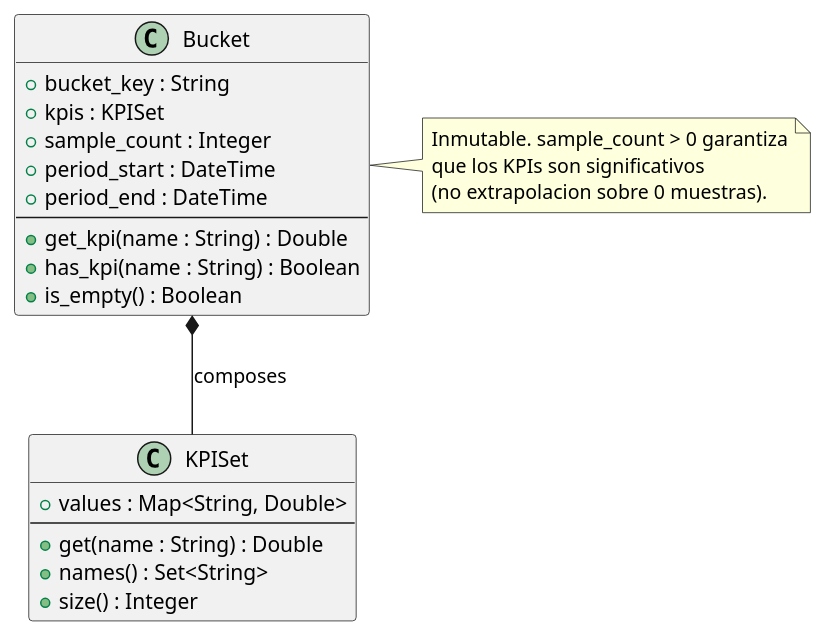
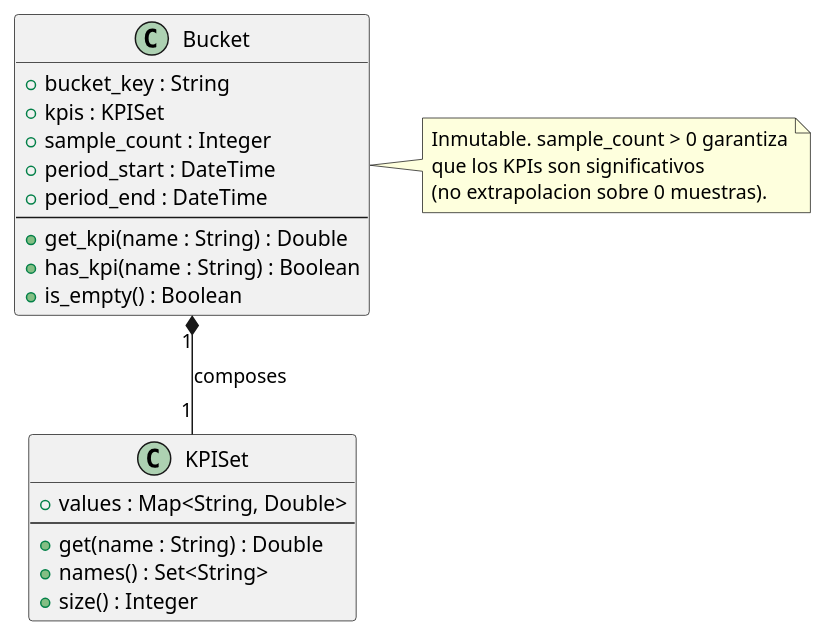
One commit to jcg-admin/IACT-docs changed the diagram in source/arquitectura-tecnica/domain-model/bucket.rst. Above: the diagram before and after it, drawn with PlantUML. The commit also changed 44 other files, not shown here.

First line of the commit message:
Apply UML rigor pass batch 3: sweep multiplicities + checklist

```diff
--- a/source/arquitectura-tecnica/domain-model/bucket.rst
+++ b/source/arquitectura-tecnica/domain-model/bucket.rst
@@ -30,35 +30,35 @@
 .. uml::
  :caption: Clase Bucket — agregación inmutable de KPIs por
            clave dimensional dentro de un HistoricalReport.
 
  @startuml
 
  class Bucket {
    + bucket_key : String
    + kpis : KPISet
    + sample_count : Integer
    + period_start : DateTime
    + period_end : DateTime
    --
    + get_kpi(name : String) : Double
    + has_kpi(name : String) : Boolean
    + is_empty() : Boolean
  }
 
  class KPISet {
    + values : Map<String, Double>
    --
    + get(name : String) : Double
    + names() : Set<String>
    + size() : Integer
  }
 
- Bucket *-- KPISet : composes
+ Bucket "1" *-- "1" KPISet : composes
 
  note right of Bucket
    Inmutable. sample_count > 0 garantiza
    que los KPIs son significativos
    (no extrapolacion sobre 0 muestras).
  end note
 
  @enduml
```
